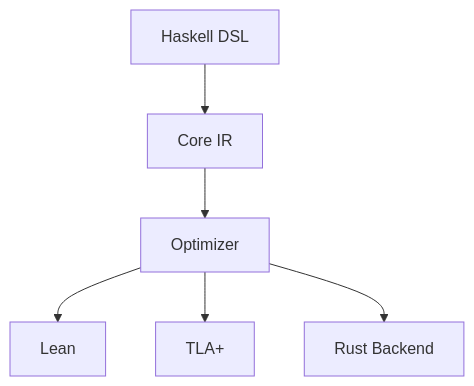
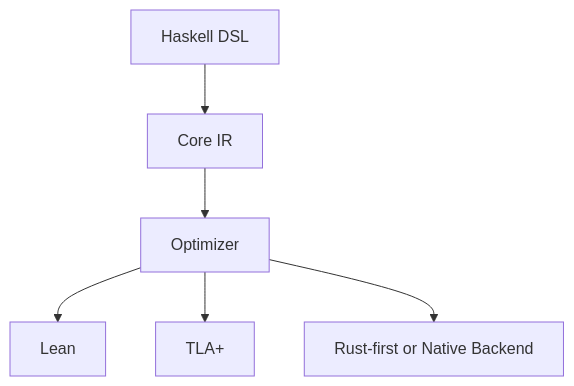
Diagram 19 of 24 in documents/dsl/dsl_compiler_morphology.md (Tuee22/effectful), drawn with Mermaid before and after one commit. The commit also changed other lines of this file and 8 other files, not shown here.

````diff
--- a/documents/dsl/dsl_compiler_morphology.md
+++ b/documents/dsl/dsl_compiler_morphology.md
@@ -1119,8 +1236,8 @@
 ```mermaid
 flowchart TD
     A[Haskell DSL] --> B[Core IR]
     B --> C[Optimizer]
     C --> D[Lean]
     C --> E[TLA+]
-    C --> F[Rust Backend]
+    C --> F[Rust-first or Native Backend]
 ```
````
